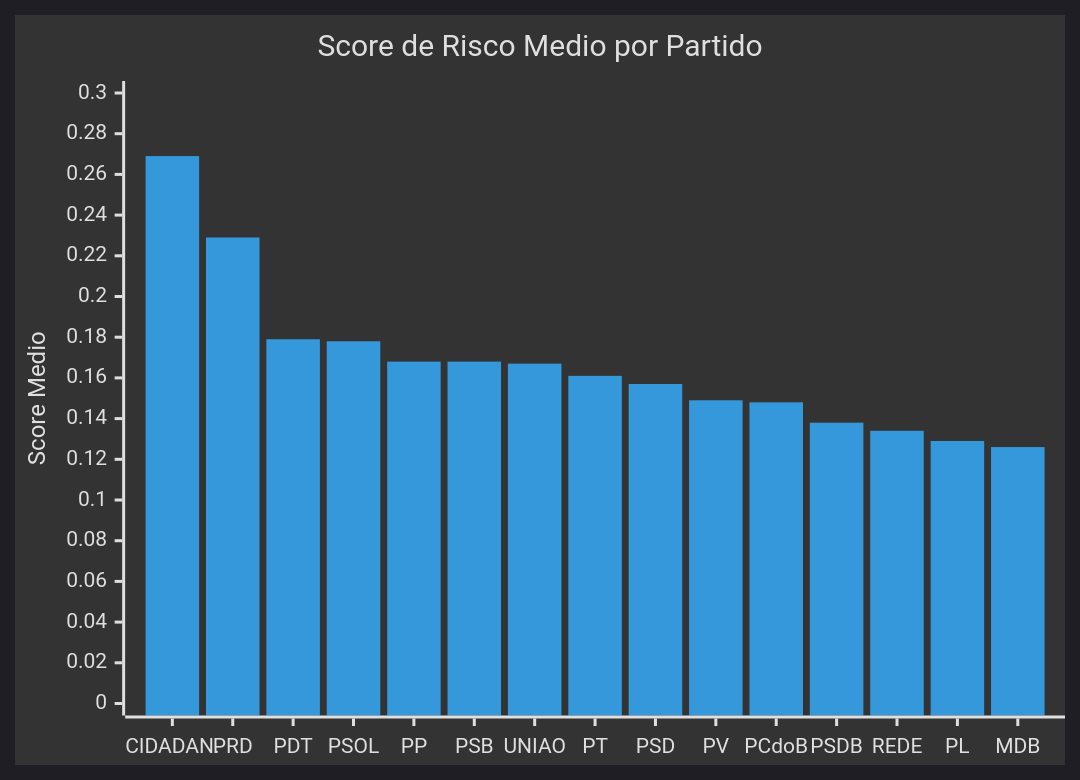
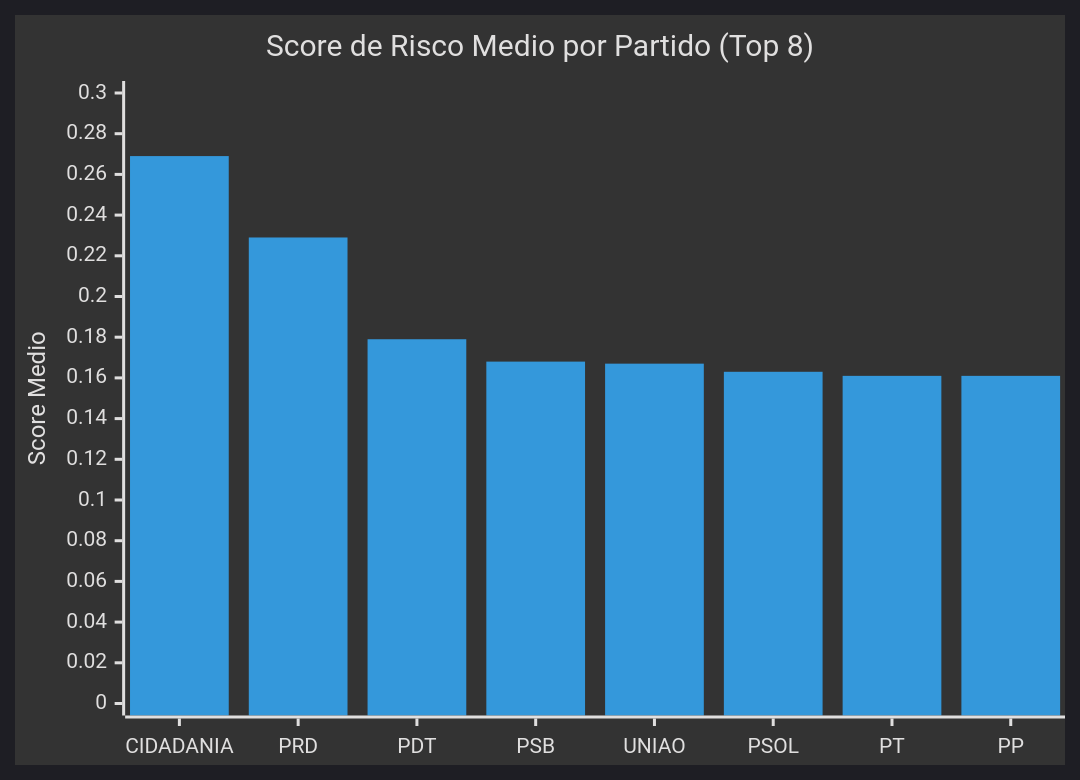
One commit to EduardoEurico/CORG changed the first of 8 diagrams in README.md. Above: the diagram before and after it, drawn with Mermaid. The commit also changed other lines of this file and 1 other file, not shown here.

Commit message:
docs: otimiza graficos de barra no README, exibe todos os 27 estados e tabelas completas de Top 10

````diff
--- a/README.md
+++ b/README.md
@@ -113,8 +113,8 @@
 ```mermaid
 %%{init: {'theme': 'dark'}}%%
 xychart-beta
-    title "Score de Risco Medio por Partido"
-    x-axis ["CIDADAN.", "PRD", "PDT", "PSOL", "PP", "PSB", "UNIAO", "PT", "PSD", "PV", "PCdoB", "PSDB", "REDE", "PL", "MDB"]
+    title "Score de Risco Medio por Partido (Top 8)"
+    x-axis ["CIDADANIA", "PRD", "PDT", "PSB", "UNIAO", "PSOL", "PT", "PP"]
     y-axis "Score Medio" 0 --> 0.30
-    bar [0.269, 0.229, 0.179, 0.178, 0.168, 0.168, 0.167, 0.161, 0.157, 0.149, 0.148, 0.138, 0.134, 0.129, 0.126]
+    bar [0.269, 0.229, 0.179, 0.168, 0.167, 0.163, 0.161, 0.161]
 ```
````
